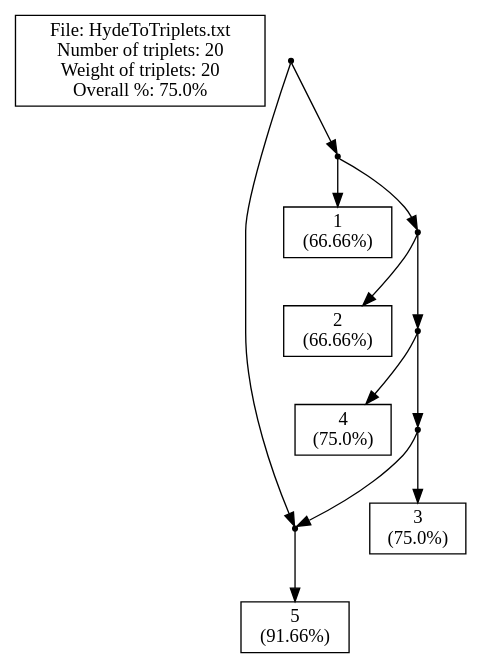
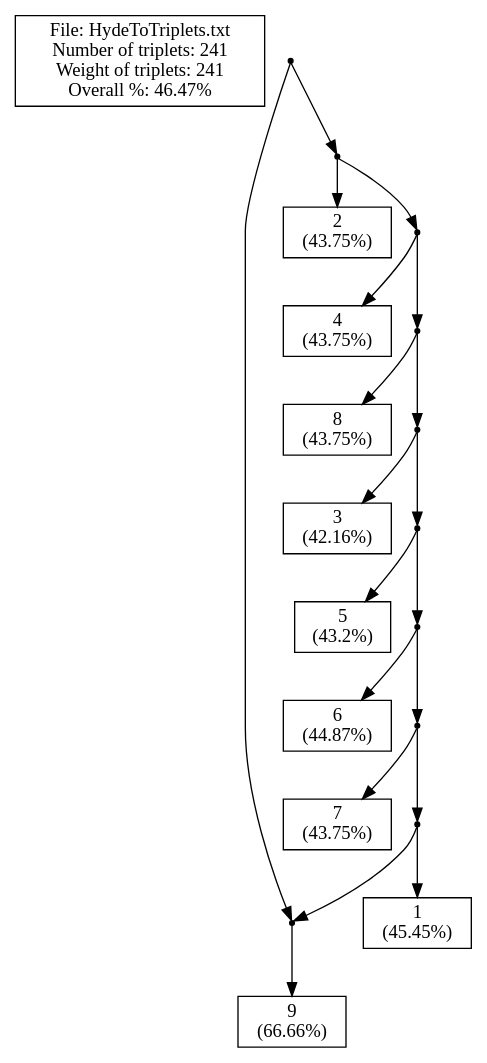
The diagram in src/Server/cExample1.dot (solislemuslab/phylo-knit), drawn with Graphviz before and after one commit. The commit also changed 5 other files, not shown here.

```diff
--- a/src/Server/cExample1.dot
+++ b/src/Server/cExample1.dot
@@ -1,50 +1,66 @@
 // LEV1ATHAN Version 1.0, 21 september 2009
 // COMMENT: Pre-processing the input file to count the leaves
-// COMMENT: Pre-processing showed that there are 5 leaves in the input.
-// SUMMARY: Input had 5 leaves.
+// COMMENT: Pre-processing showed that there are 9 leaves in the input.
+// SUMMARY: Input had 9 leaves.
 // USER-SETTING: Will *not* post-process output to collapse edges.
 // COMMENT: Triplet set is already dense.
-// SUMMARY: There are 20 triplets in the input.
-// SUMMARY: Total weight of input triplets is 20.
+// SUMMARY: There are 241 triplets in the input.
+// SUMMARY: Total weight of input triplets is 241.
 // SUMMARY: (Before post-processing)
-// SUMMARY: We got 15 units of triplet weight, that's 75.0% of total weight.
-// SUMMARY: In total 5 units of triplet weight were -not- consistent with the ouput network.
-// SUMMARY: Output network contained 1 triplets -not- in the original input.
-// SUMMARY: The symmetric difference is thus 5 + (1 * 1) = 6
+// SUMMARY: We got 112 units of triplet weight, that's 46.47% of total weight.
+// SUMMARY: In total 129 units of triplet weight were -not- consistent with the ouput network.
+// SUMMARY: Output network contained 0 triplets -not- in the original input.
+// SUMMARY: The symmetric difference is thus 129 + (1 * 0) = 129
 // SUMMARY: (After post-processing)
 strict digraph G1 {
 edge [fontsize=8]
-labelbox [shape=box, width=0.4, label="File: HydeToTriplets.txt\nNumber of triplets: 20\nWeight of triplets: 20\nOverall %: 75.0%"];
+labelbox [shape=box, width=0.4, label="File: HydeToTriplets.txt\nNumber of triplets: 241\nWeight of triplets: 241\nOverall %: 46.47%"];
 1000 [shape=point];
 1001 [shape=point];
-5 [shape=box, width=0.3, label="5\n(91.66%)"];
+9 [shape=box, width=0.3, label="9\n(66.66%)"];
 1003 [shape=point];
-2 [shape=box, width=0.3, label="1\n(66.66%)"];
+1 [shape=box, width=0.3, label="2\n(43.75%)"];
 1005 [shape=point];
-1 [shape=box, width=0.3, label="2\n(66.66%)"];
+4 [shape=box, width=0.3, label="4\n(43.75%)"];
 1007 [shape=point];
-4 [shape=box, width=0.3, label="4\n(75.0%)"];
+8 [shape=box, width=0.3, label="8\n(43.75%)"];
 1009 [shape=point];
-3 [shape=box, width=0.3, label="3\n(75.0%)"];
+3 [shape=box, width=0.3, label="3\n(42.16%)"];
+1011 [shape=point];
+5 [shape=box, width=0.3, label="5\n(43.2%)"];
+1013 [shape=point];
+6 [shape=box, width=0.3, label="6\n(44.87%)"];
+1015 [shape=point];
+7 [shape=box, width=0.3, label="7\n(43.75%)"];
+1017 [shape=point];
+2 [shape=box, width=0.3, label="1\n(45.45%)"];
 1000 -> 1001
 1000 -> 1003
-1001 -> 5
-1003 -> 2
+1001 -> 9
+1003 -> 1
 1003 -> 1005
-1005 -> 1
+1005 -> 4
 1005 -> 1007
-1007 -> 4
+1007 -> 8
 1007 -> 1009
 1009 -> 3
-1009 -> 1001
-1001 -> 5
+1009 -> 1011
+1011 -> 5
+1011 -> 1013
+1013 -> 6
+1013 -> 1015
+1015 -> 7
+1015 -> 1017
+1017 -> 2
+1017 -> 1001
+1001 -> 9
 }
-// SUMMARY: eNewick output: ((5)#H1,(1,(2,(4,(3,#H1)))));
-// SUMMARY: In total 5 units of triplet weight were -not- consistent with the ouput network.
-// SUMMARY: Output network contained 1 triplets -not- in the original input.
+// SUMMARY: eNewick output: ((9)#H1,(2,(4,(8,(3,(5,(6,(7,(1,#H1)))))))));
+// SUMMARY: In total 129 units of triplet weight were -not- consistent with the ouput network.
+// SUMMARY: Output network contained 0 triplets -not- in the original input.
 // SUMMARY: Weight of missing triplets before contraction minus weight of missing triplets afterwards: 0
 // SUMMARY: Number of surplus triplets before contraction minus number of surplus triplets afterwards: 0
-// CONCLUSION: After post-processing we got 15 units of triplet weight, that's 75.0% of total weight (before post-processing this was 75.0%).
-// CONCLUSION: After post-processing the symmetric difference is thus 5 + (1 * 1) = 6 (before post-processing this was 6)
-// STAT: PERCENTAGE = 75.0
-// STAT: NETWORK-TRIPLET SD = 6
+// CONCLUSION: After post-processing we got 112 units of triplet weight, that's 46.47% of total weight (before post-processing this was 46.47%).
+// CONCLUSION: After post-processing the symmetric difference is thus 129 + (1 * 0) = 129 (before post-processing this was 129)
+// STAT: PERCENTAGE = 46.47
+// STAT: NETWORK-TRIPLET SD = 129
```
